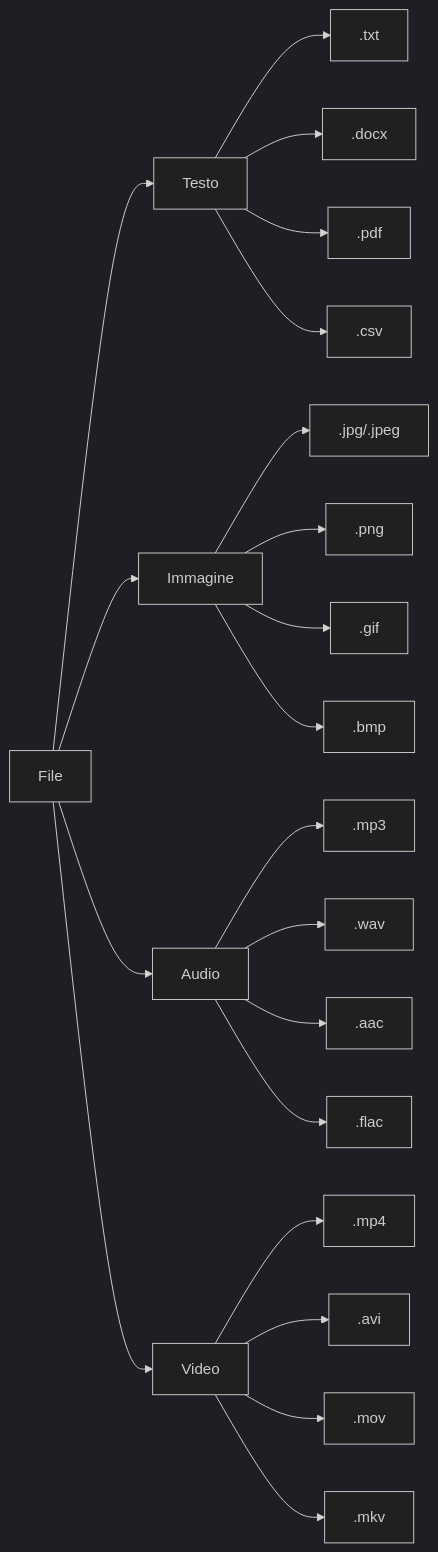
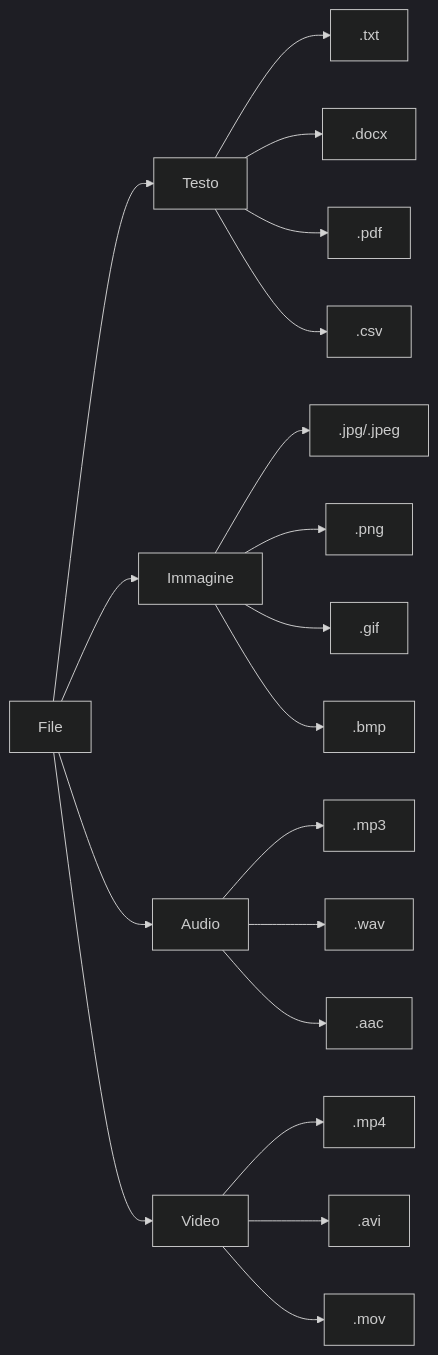
The diagram in docs/infoCoding/05_file.md (Federob/infohandouts), drawn with Mermaid (dark theme) before and after one commit. The commit also changed other lines of this file, not shown here.

Commit message:
reduced file formats

````diff
--- a/docs/infoCoding/05_file.md
+++ b/docs/infoCoding/05_file.md
@@ -57,27 +55,25 @@
 ```mermaid
 graph LR
     A[File] --> B[Testo]
     A --> C[Immagine]
     A --> D[Audio]
     A --> E[Video]
 
     B --> B1[.txt]
     B --> B2[.docx]
     B --> B3[.pdf]
     B --> B4[.csv]
 
     C --> C1[.jpg/.jpeg]
     C --> C2[.png]
     C --> C3[.gif]
     C --> C4[.bmp]
 
     D --> D1[.mp3]
     D --> D2[.wav]
     D --> D3[.aac]
-    D --> D4[.flac]
 
     E --> E1[.mp4]
     E --> E2[.avi]
     E --> E3[.mov]
-    E --> E4[.mkv]
 ```
````
